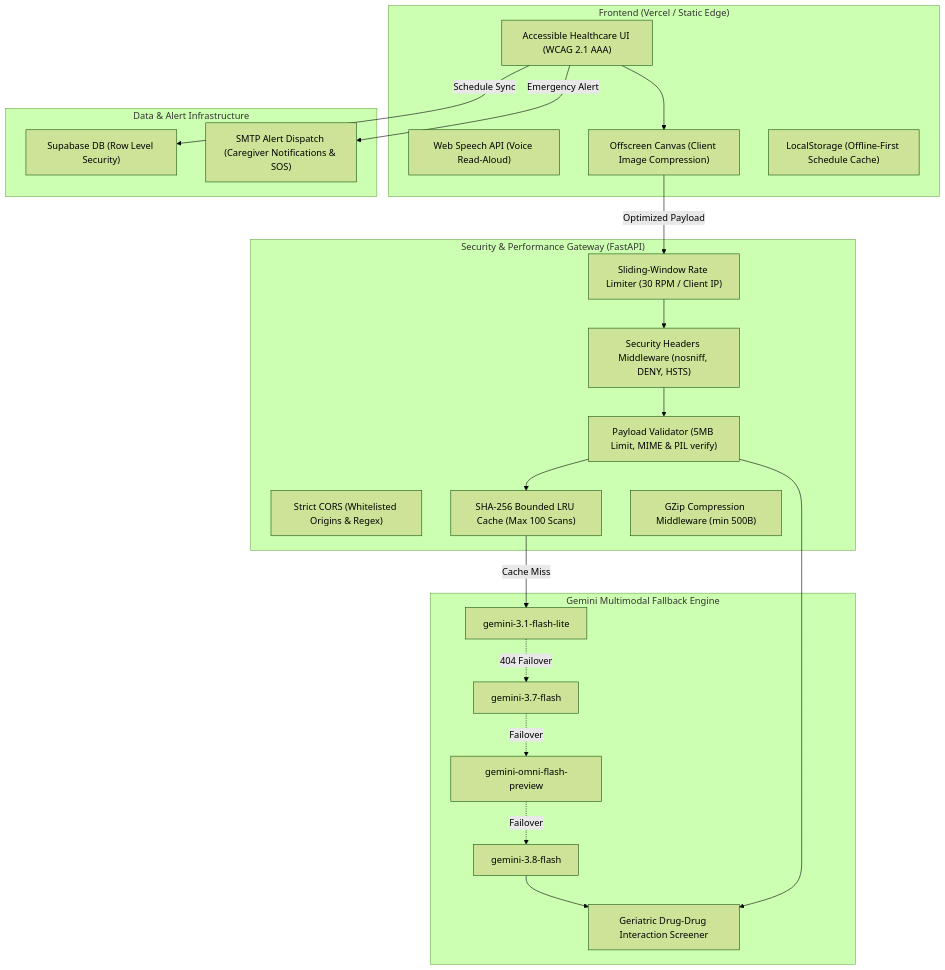
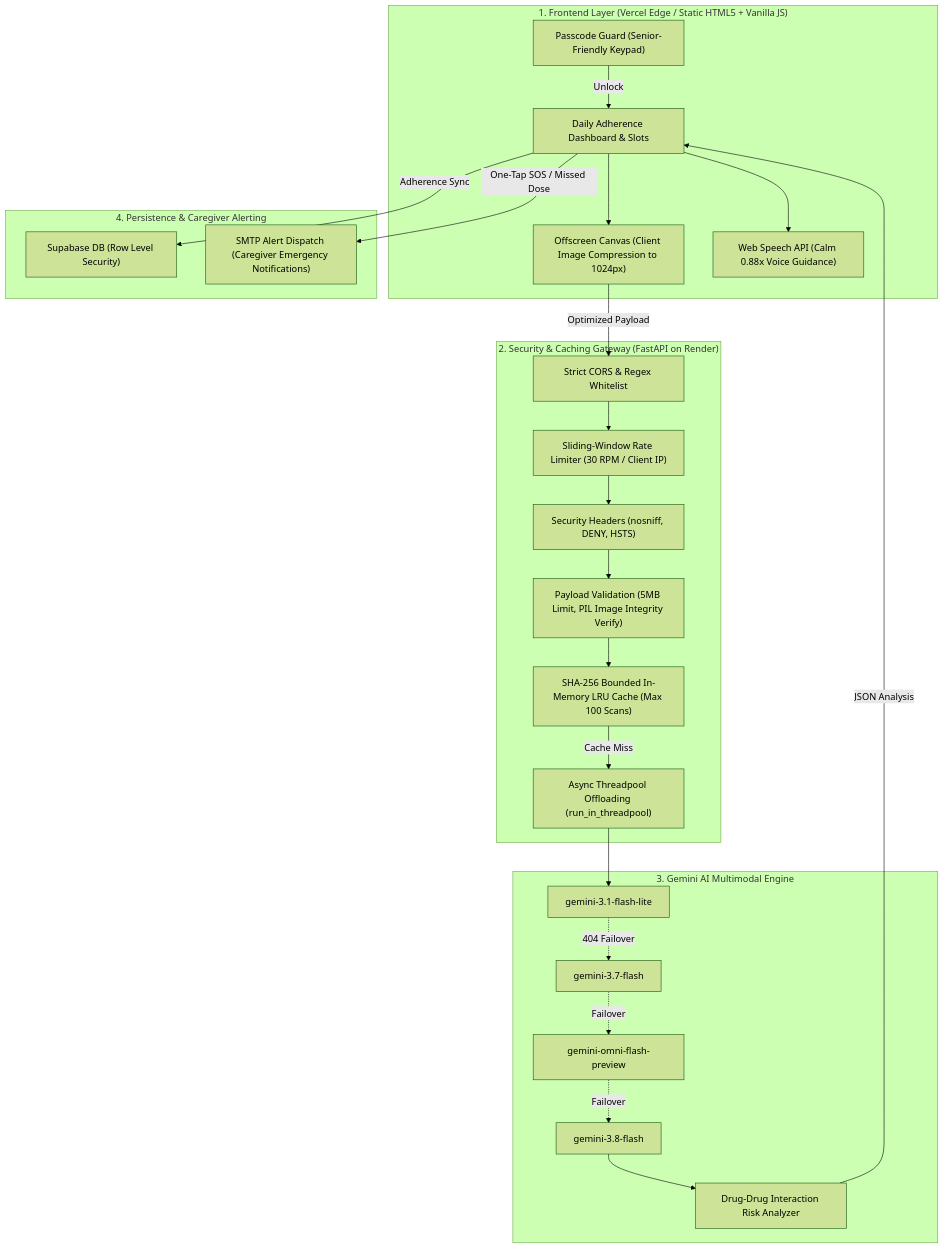
One commit to unknown5112/CareSync-AI changed the diagram in README.md. Above: the diagram before and after it, drawn with Mermaid (forest theme). The commit also changed other lines of this file and 1 other file, not shown here.

````diff
--- a/README.md
+++ b/README.md
@@ -38,41 +48,44 @@
 ```mermaid
 flowchart TD
-    subgraph ClientLayer ["Frontend (Vercel / Static Edge)"]
-        UI["Accessible Healthcare UI (WCAG 2.1 AAA)"]
-        Voice["Web Speech API (Voice Read-Aloud)"]
-        Canvas["Offscreen Canvas (Client Image Compression)"]
-        Storage["LocalStorage (Offline-First Schedule Cache)"]
+    subgraph Frontend ["1. Frontend Layer (Vercel Edge / Static HTML5 + Vanilla JS)"]
+        PIN["Passcode Guard (Senior-Friendly Keypad)"]
+        Dashboard["Daily Adherence Dashboard & Slots"]
+        Canvas["Offscreen Canvas (Client Image Compression to 1024px)"]
+        Voice["Web Speech API (Calm 0.88x Voice Guidance)"]
     end
 
-    subgraph SecurityLayer ["Security & Performance Gateway (FastAPI)"]
-        CORS["Strict CORS (Whitelisted Origins & Regex)"]
-        RateLimiter["Sliding-Window Rate Limiter (30 RPM / Client IP)"]
-        SecHeaders["Security Headers Middleware (nosniff, DENY, HSTS)"]
-        PayloadGuard["Payload Validator (5MB Limit, MIME & PIL verify)"]
-        LRUCache["SHA-256 Bounded LRU Cache (Max 100 Scans)"]
-        GZip["GZip Compression Middleware (min 500B)"]
+    subgraph BackendGateway ["2. Security & Caching Gateway (FastAPI on Render)"]
+        CORS["Strict CORS & Regex Whitelist"]
+        RateLimit["Sliding-Window Rate Limiter (30 RPM / Client IP)"]
+        SecHeaders["Security Headers (nosniff, DENY, HSTS)"]
+        Verify["Payload Validation (5MB Limit, PIL Image Integrity Verify)"]
+        LRU["SHA-256 Bounded In-Memory LRU Cache (Max 100 Scans)"]
+        Threadpool["Async Threadpool Offloading (run_in_threadpool)"]
     end
 
-    subgraph AIReasoning ["Gemini Multimodal Fallback Engine"]
-        M1["gemini-3.1-flash-lite"]
-        M2["gemini-3.7-flash"]
-        M3["gemini-omni-flash-preview"]
-        M4["gemini-3.8-flash"]
-        DrugEngine["Geriatric Drug-Drug Interaction Screener"]
+    subgraph AICloud ["3. Gemini AI Multimodal Engine"]
+        F1["gemini-3.1-flash-lite"]
+        F2["gemini-3.7-flash"]
+        F3["gemini-omni-flash-preview"]
+        F4["gemini-3.8-flash"]
+        Interactions["Drug-Drug Interaction Risk Analyzer"]
     end
 
-    subgraph CloudServices ["Data & Alert Infrastructure"]
-        Supa["Supabase DB (Row Level Security)"]
-        SMTP["SMTP Alert Dispatch (Caregiver Notifications & SOS)"]
+    subgraph DataAlerts ["4. Persistence & Caregiver Alerting"]
+        Supabase["Supabase DB (Row Level Security)"]
+        SMTP["SMTP Alert Dispatch (Caregiver Emergency Notifications)"]
     end
 
-    UI --> Canvas
-    Canvas -->|Optimized Payload| RateLimiter
-    RateLimiter --> SecHeaders --> PayloadGuard --> LRUCache
-    LRUCache -->|Cache Miss| M1
-    M1 -.->|404 Failover| M2 -.->|Failover| M3 -.->|Failover| M4
-    M4 --> DrugEngine
-    PayloadGuard --> DrugEngine
-    UI -->|Emergency Alert| SMTP
-    UI -->|Schedule Sync| Supa
+    PIN -->|Unlock| Dashboard
+    Dashboard --> Canvas
+    Canvas -->|Optimized Payload| CORS
+    CORS --> RateLimit --> SecHeaders --> Verify --> LRU
+    LRU -->|Cache Miss| Threadpool
+    Threadpool --> F1
+    F1 -.->|404 Failover| F2 -.->|Failover| F3 -.->|Failover| F4
+    F4 --> Interactions
+    Interactions -->|JSON Analysis| Dashboard
+    Dashboard --> Voice
+    Dashboard -->|One-Tap SOS / Missed Dose| SMTP
+    Dashboard -->|Adherence Sync| Supabase
 ```
````
